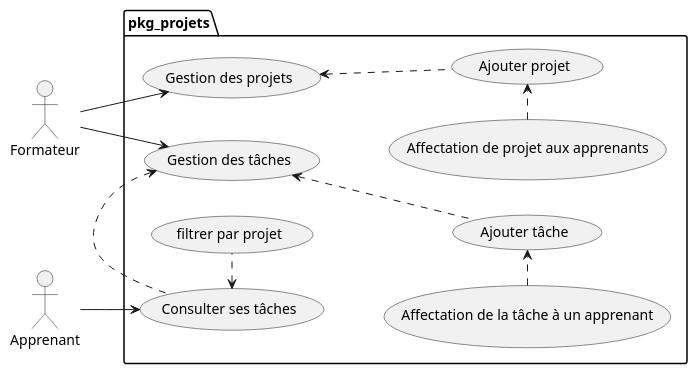
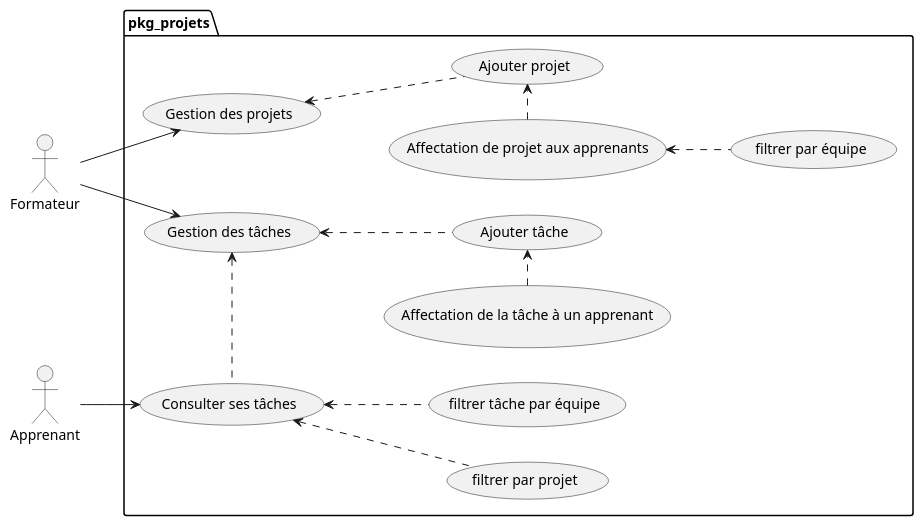
The diagram in modélisation/pkg_projets/uses_cases_pkg_projets.puml (zaani12/prototype), drawn with PlantUML before and after one commit. The commit also changed 34 other files, not shown here.

```diff
--- a/modélisation/pkg_projets/uses_cases_pkg_projets.puml
+++ b/modélisation/pkg_projets/uses_cases_pkg_projets.puml
@@ -1,28 +1,29 @@
 @startuml 
 
 left to right direction
 
 
 actor Formateur as formateur
 actor Apprenant as apprenant
 
 
 package pkg_projets {
 
   (Gestion des projets) <.. (Ajouter projet) 
   (Affectation de projet aux apprenants) .> (Ajouter projet)
-
+  (Affectation de projet aux apprenants) <.. (filtrer par équipe)
   (Gestion des tâches) <.. (Ajouter tâche) 
   (Gestion des tâches)  <. (Consulter ses tâches)
-  (Consulter ses tâches) <. (filtrer par projet)
+  (Consulter ses tâches) <.. (filtrer par projet)
+  (Consulter ses tâches) <.. (filtrer tâche par équipe)
   (Affectation de la tâche à un apprenant) .> (Ajouter tâche)
  
   formateur -->  (Gestion des projets) 
   formateur -->  (Gestion des tâches) 
   apprenant --> (Consulter ses tâches)
 
 }  
 
 ' note right of admin : "note 1"
 
 @enduml
```
